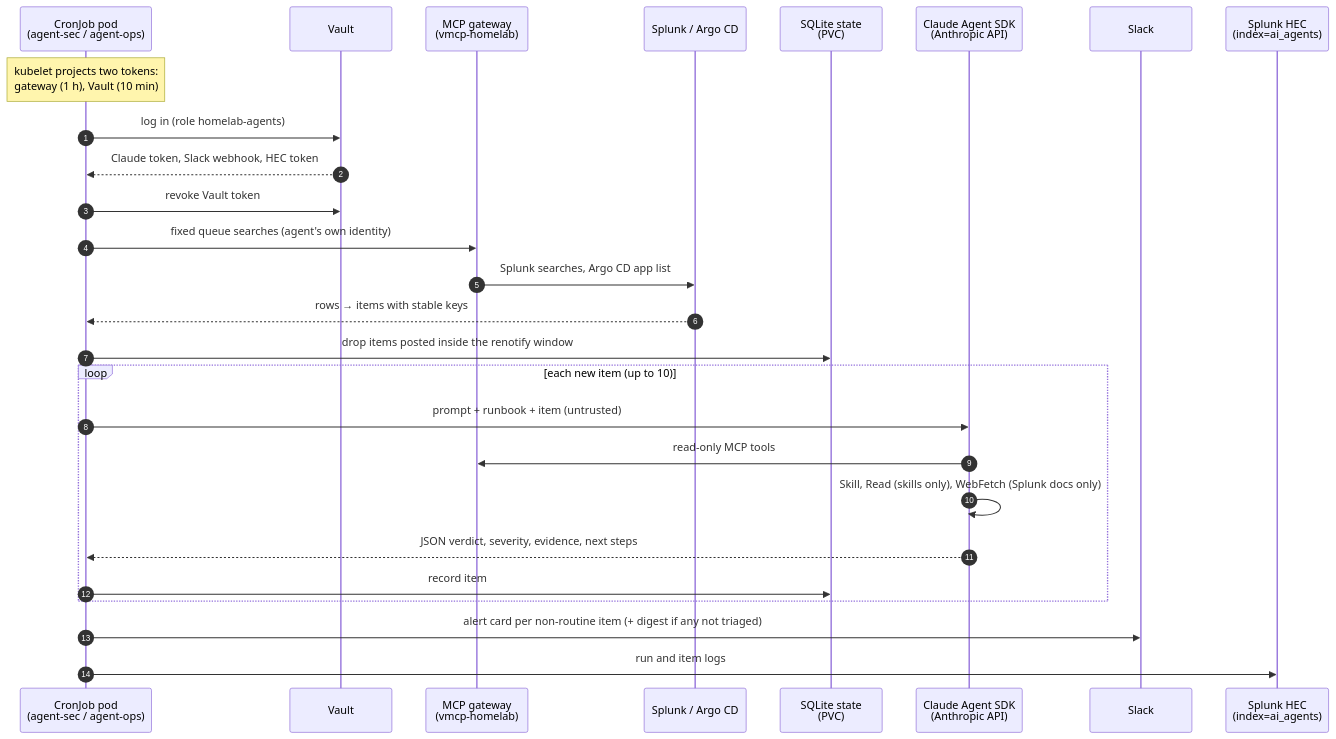
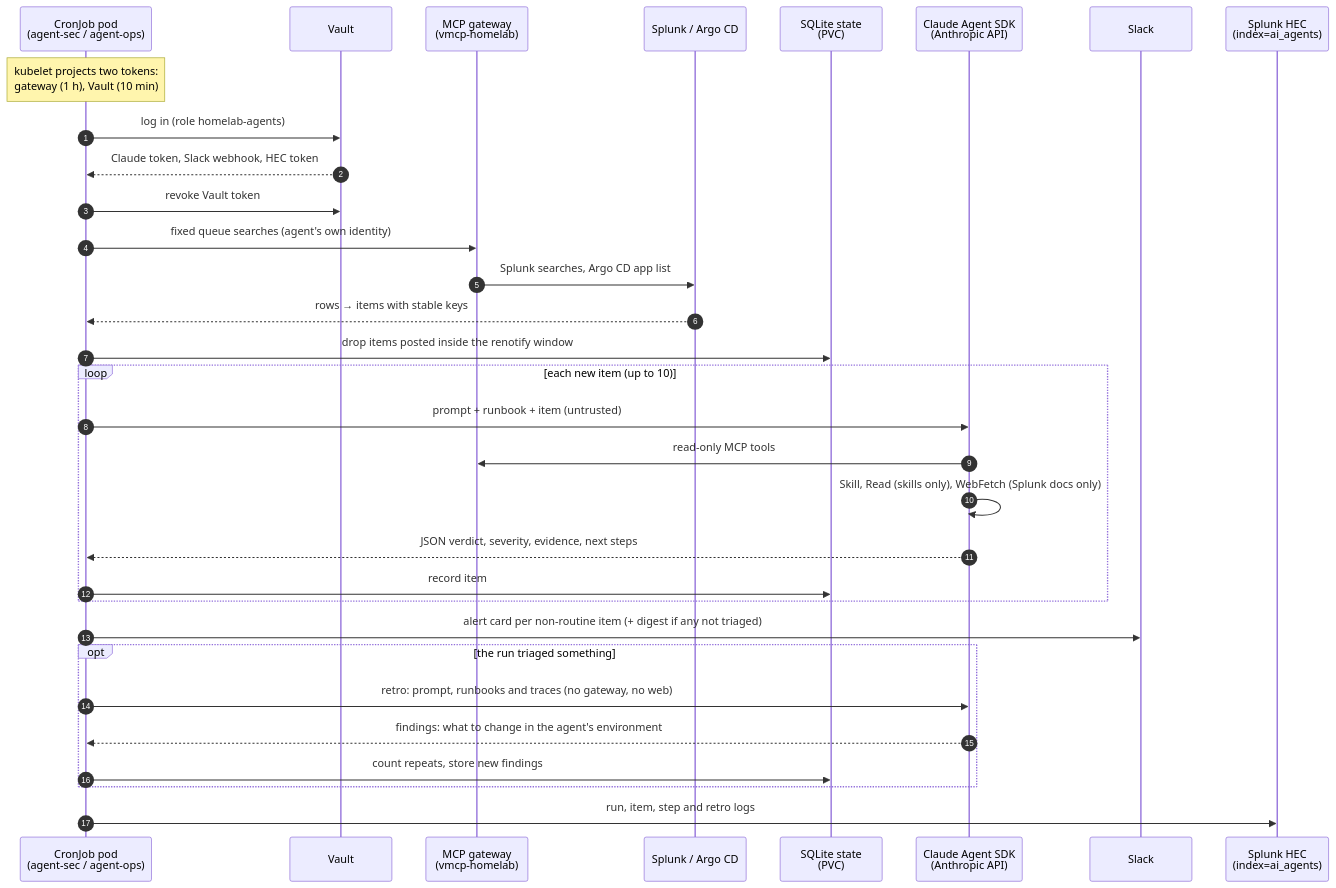
One commit to bmorri13/homelab changed the first of 3 diagrams in infrastructure_tooling/homelab_agents/README.md. Above: the diagram before and after it, drawn with Mermaid. The commit also changed other lines of this file and 12 other files, not shown here.

First line of the commit message:
Homelab agents: trace every triage and run a retro at the end of each run

````diff
--- a/infrastructure_tooling/homelab_agents/README.md
+++ b/infrastructure_tooling/homelab_agents/README.md
@@ -27,30 +27,35 @@
 ```mermaid
 sequenceDiagram
     autonumber
     participant K as CronJob pod<br/>(agent-sec / agent-ops)
     participant V as Vault
     participant G as MCP gateway<br/>(vmcp-homelab)
     participant S as Splunk / Argo CD
     participant D as SQLite state<br/>(PVC)
     participant C as Claude Agent SDK<br/>(Anthropic API)
     participant SL as Slack
     participant H as Splunk HEC<br/>(index=ai_agents)
 
     Note over K: kubelet projects two tokens:<br/>gateway (1 h), Vault (10 min)
     K->>V: log in (role homelab-agents)
     V-->>K: Claude token, Slack webhook, HEC token
     K->>V: revoke Vault token
     K->>G: fixed queue searches (agent's own identity)
     G->>S: Splunk searches, Argo CD app list
     S-->>K: rows → items with stable keys
     K->>D: drop items posted inside the renotify window
     loop each new item (up to 10)
         K->>C: prompt + runbook + item (untrusted)
         C->>G: read-only MCP tools
         C->>C: Skill, Read (skills only), WebFetch (Splunk docs only)
         C-->>K: JSON verdict, severity, evidence, next steps
         K->>D: record item
     end
     K->>SL: alert card per non-routine item (+ digest if any not triaged)
-    K->>H: run and item logs
+    opt the run triaged something
+        K->>C: retro: prompt, runbooks and traces (no gateway, no web)
+        C-->>K: findings: what to change in the agent's environment
+        K->>D: count repeats, store new findings
+    end
+    K->>H: run, item, step and retro logs
 ```
````
